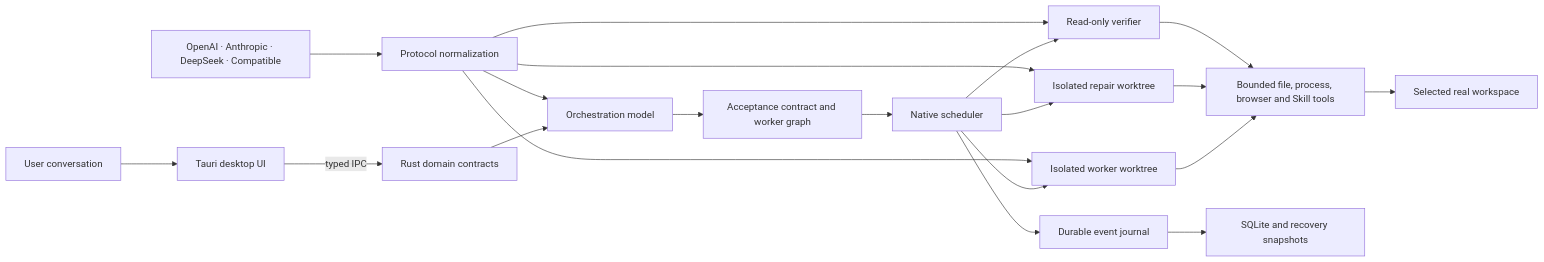
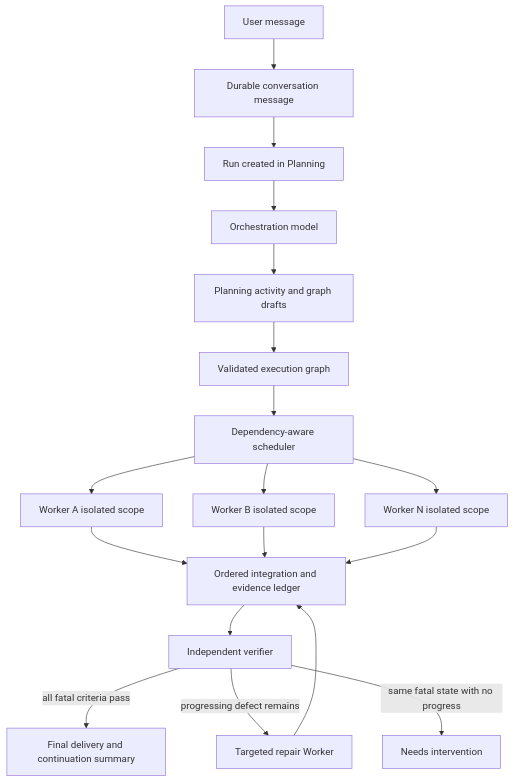
The first of 4 diagrams in README.md (cb8010d6/LunaScope), drawn with Mermaid before and after one commit. The commit also changed other lines of this file and 68 other files, not shown here.

````diff
--- a/README.md
+++ b/README.md
@@ -47,27 +50,20 @@
 ```mermaid
-flowchart LR
-    U["User conversation"] --> UI["Tauri desktop UI"]
-    UI -->|"typed IPC"| CORE["Rust domain contracts"]
-
-    CORE --> ORC["Orchestration model"]
-    ORC --> PLAN["Acceptance contract and worker graph"]
-    PLAN --> SCH["Native scheduler"]
-
-    SCH --> W1["Isolated worker worktree"]
-    SCH --> W2["Isolated repair worktree"]
-    SCH --> V["Read-only verifier"]
-
-    W1 --> TOOLS["Bounded file, process, browser and Skill tools"]
-    W2 --> TOOLS
-    V --> TOOLS
-
-    TOOLS --> WS["Selected real workspace"]
-    SCH --> EVENTS["Durable event journal"]
-    EVENTS --> DB["SQLite and recovery snapshots"]
-
-    PROVIDERS["OpenAI · Anthropic · DeepSeek · Compatible"] --> NORMALIZE["Protocol normalization"]
-    NORMALIZE --> ORC
-    NORMALIZE --> W1
-    NORMALIZE --> W2
-    NORMALIZE --> V
+flowchart TB
+    U["User message"] --> M["Durable conversation message"]
+    M --> R["Run created in Planning"]
+    R --> O["Orchestration model"]
+    O --> D["Planning activity and graph drafts"]
+    D --> G["Validated execution graph"]
+    G --> S["Dependency-aware scheduler"]
+    S --> W1["Worker A isolated scope"]
+    S --> W2["Worker B isolated scope"]
+    S --> W3["Worker N isolated scope"]
+    W1 --> I["Ordered integration and evidence ledger"]
+    W2 --> I
+    W3 --> I
+    I --> V["Independent verifier"]
+    V -->|"all fatal criteria pass"| F["Final delivery and continuation summary"]
+    V -->|"progressing defect remains"| X["Targeted repair Worker"]
+    X --> I
+    V -->|"same fatal state with no progress"| N["Needs intervention"]
 ```
````
